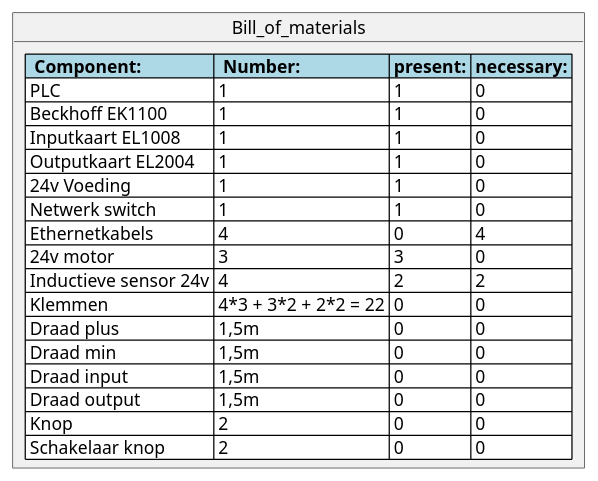
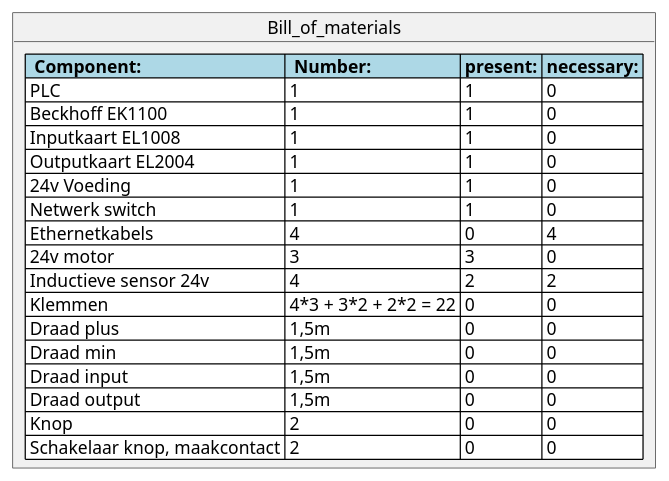
Before and after one commit to Timon14kraan/Project-Proces-and-Safety: the diagram in src/Materials.md, drawn with PlantUML. The commit also changed 2 other files, not shown here.

Commit message:
aanpassingen onderdelen

````diff
--- a/src/Materials.md
+++ b/src/Materials.md
@@ -3,25 +3,25 @@
 ```plantuml
 @startuml
 
 object Bill_of_materials {
   <#lightblue,#black>|=  Component:  |=  Number:  |= present: |= necessary: |
   <#white>| PLC | 1 | 1 | 0 |
   <#white>| Beckhoff EK1100 | 1 | 1 | 0 |
   <#white>| Inputkaart EL1008 | 1 | 1 | 0 |
   <#white>| Outputkaart EL2004 | 1 | 1 | 0 |
   <#white>| 24v Voeding | 1 | 1 | 0 |
   <#white>| Netwerk switch | 1 | 1 | 0 |
   <#white>| Ethernetkabels | 4 | 0 | 4 | 
   <#white>| 24v motor | 3 | 3 | 0 |
   <#white>| Inductieve sensor 24v | 4 | 2 | 2 |
   <#white>| Klemmen | 4*3 + 3*2 + 2*2 = 22 | 0 | 0 |
   <#white>| Draad plus | 1,5m | 0 | 0 |
   <#white>| Draad min | 1,5m | 0 | 0 |
   <#white>| Draad input | 1,5m | 0 | 0 |
   <#white>| Draad output | 1,5m | 0 | 0 |
   <#white>| Knop | 2 | 0 | 0 |
-  <#white>| Schakelaar knop | 2 | 0 | 0 |
+  <#white>| Schakelaar knop, maakcontact | 2 | 0 | 0 |
 }
 
 @endulm
 ```
````
